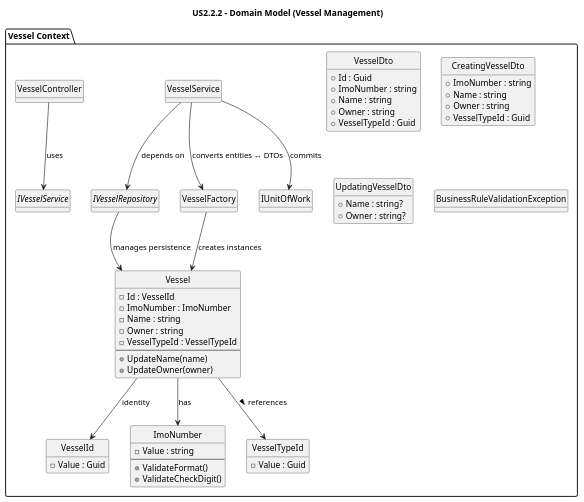
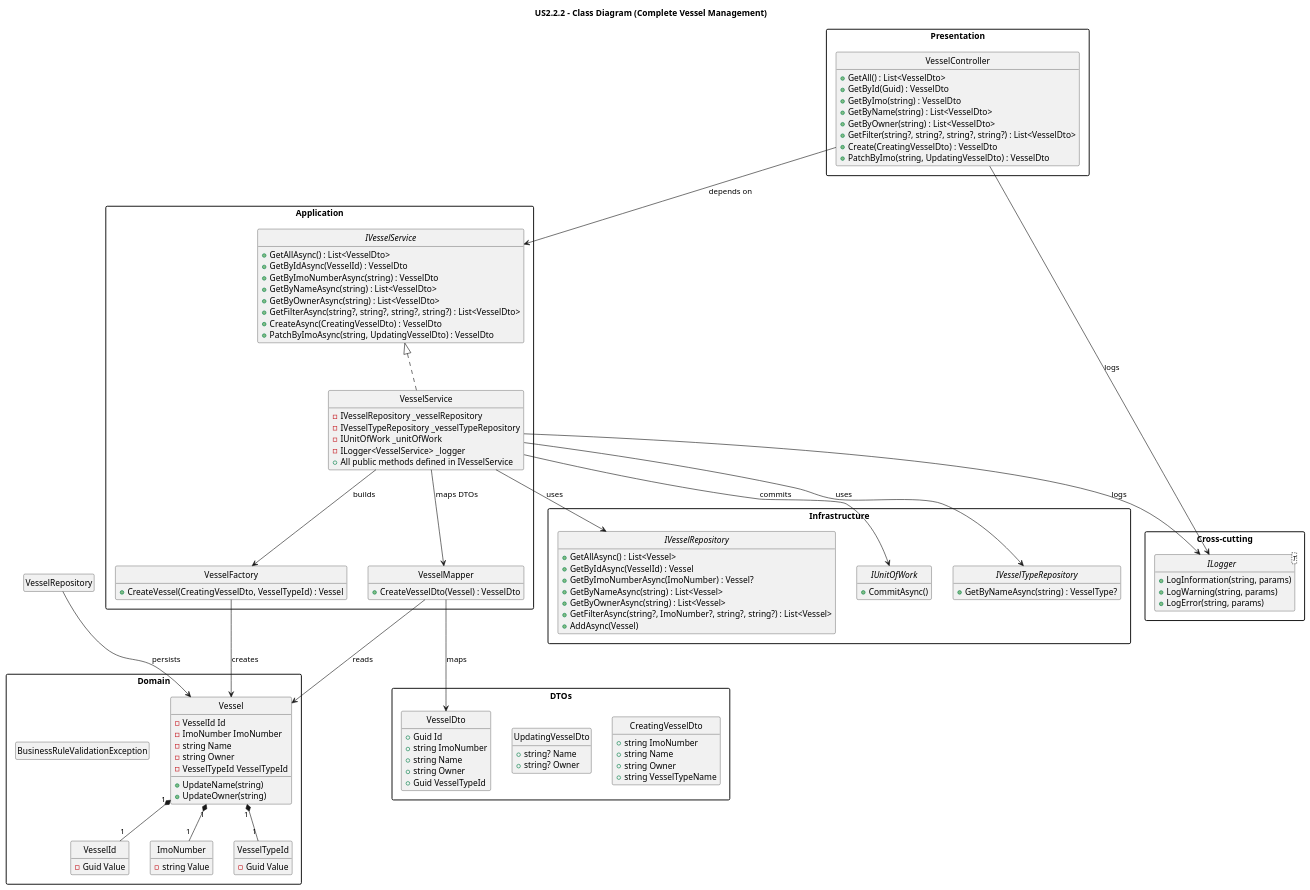
One commit to SAEmanuel/Sustainable_Port_Logistics_ISEP changed the diagram in docs/planning/Sprint1/Back-end-Module(s)/US-222/02.analysis/puml/us2.2.2-domain-model.puml. Above: the diagram before and after it, drawn with PlantUML. The commit also changed 24 other files, not shown here.

Commit message:
[Updated documentation and implementation - #5,#68,#66] VesselMapper added for Dtos creation following sigle responsability principle with also updated docs

```diff
--- a/docs/planning/Sprint1/Back-end-Module(s)/US-222/02.analysis/puml/us2.2.2-domain-model.puml
+++ b/docs/planning/Sprint1/Back-end-Module(s)/US-222/02.analysis/puml/us2.2.2-domain-model.puml
@@ -1,137 +1,158 @@
 @startuml
 ' ==========================================================
-' Domain Model Diagram – US2.2.2 (Register and Update Vessel Records)
+' Class Diagram – US2.2.2 (Register and Update Vessel Records)
 ' Author: Jorge Ubaldo Rodrigues
-' Context: Port Management – Vessel Registration
 ' ==========================================================
 
-skinparam monochrome true
+skinparam packageStyle rectangle
 skinparam shadowing false
-hide methods
 hide circle
+hide empty members
 
-title US2.2.2 – Domain Model (Vessel Management)
+title US2.2.2 – Class Diagram (Complete Vessel Management)
 
-package "Vessel Context" as VC {
+' ==================== DOMAIN ====================
+package "Domain" {
+  class Vessel {
+    - VesselId Id
+    - ImoNumber ImoNumber
+    - string Name
+    - string Owner
+    - VesselTypeId VesselTypeId
+    + UpdateName(string)
+    + UpdateOwner(string)
+  }
 
-    ' ==========================
-    ' Core Domain Entities
-    ' ==========================
-    class Vessel {
-        - Id : VesselId
-        - ImoNumber : ImoNumber
-        - Name : string
-        - Owner : string
-        - VesselTypeId : VesselTypeId
-        --
-        + UpdateName(name)
-        + UpdateOwner(owner)
-    }
+  class VesselId {
+    - Guid Value
+  }
 
-    class VesselId {
-        - Value : Guid
-    }
+  class ImoNumber {
+    - string Value
+  }
 
-    class ImoNumber {
-        - Value : string
-        --
-        + ValidateFormat()
-        + ValidateCheckDigit()
-    }
+  class VesselTypeId {
+    - Guid Value
+  }
 
-    class VesselTypeId {
-        - Value : Guid
-    }
-
-    ' ==========================
-    ' DTOs
-    ' ==========================
-    class VesselDto {
-        + Id : Guid
-        + ImoNumber : string
-        + Name : string
-        + Owner : string
-        + VesselTypeId : Guid
-    }
-
-    class CreatingVesselDto {
-        + ImoNumber : string
-        + Name : string
-        + Owner : string
-        + VesselTypeId : Guid
-    }
-
-    class UpdatingVesselDto {
-        + Name : string?
-        + Owner : string?
-    }
-
-    ' ==========================
-    ' Application / Infrastructure Layer
-    ' ==========================
-    interface IVesselRepository {
-        + GetAllAsync()
-        + GetByIdAsync(id)
-        + GetByImoNumberAsync(imo)
-        + GetByNameAsync(name)
-        + GetByOwnerAsync(owner)
-        + GetFilterAsync(name, imo, owner, query)
-        + AddAsync(entity)
-    }
-
-    interface IVesselService {
-        + GetAllAsync()
-        + GetByIdAsync(id)
-        + GetByImoNumberAsync(imo)
-        + GetByNameAsync(name)
-        + GetByOwnerAsync(owner)
-        + GetFilterAsync(name, imo, owner, query)
-        + CreateAsync(dto)
-        + PatchByImoAsync(imo, dto)
-    }
-
-    class VesselService {
-        + GetAllAsync()
-        + GetByIdAsync(id)
-        + CreateAsync(dto)
-        + GetByImoNumberAsync(imo)
-        + GetByNameAsync(name)
-        + GetByOwnerAsync(owner)
-        + GetFilterAsync(name, imo, owner, query)
-        + PatchByImoAsync(imo, dto)
-    }
-
-    class VesselFactory {
-        + CreateVessel(dto)
-        + CreateVesselDto(entity)
-    }
-
-    class VesselController {
-        + GetAll()
-        + GetById(id)
-        + GetByImo(imo)
-        + GetByName(name)
-        + GetByOwner(owner)
-        + GetFilter(name, imo, owner, query)
-        + Create(dto)
-        + PatchByImo(imo, dto)
-    }
-
-    class BusinessRuleValidationException
-    class IUnitOfWork
+  class BusinessRuleValidationException
 }
 
-' ==========================
-' Relationships
-' ==========================
-VesselController --> IVesselService : uses
-VesselService --> IVesselRepository : depends on
+' ==================== DTOs ====================
+package "DTOs" {
+  class CreatingVesselDto {
+    + string ImoNumber
+    + string Name
+    + string Owner
+    + string VesselTypeName
+  }
+
+  class UpdatingVesselDto {
+    + string? Name
+    + string? Owner
+  }
+
+  class VesselDto {
+    + Guid Id
+    + string ImoNumber
+    + string Name
+    + string Owner
+    + Guid VesselTypeId
+  }
+}
+
+' ==================== APPLICATION ====================
+package "Application" {
+  interface IVesselService {
+    + GetAllAsync() : List<VesselDto>
+    + GetByIdAsync(VesselId) : VesselDto
+    + GetByImoNumberAsync(string) : VesselDto
+    + GetByNameAsync(string) : List<VesselDto>
+    + GetByOwnerAsync(string) : List<VesselDto>
+    + GetFilterAsync(string?, string?, string?, string?) : List<VesselDto>
+    + CreateAsync(CreatingVesselDto) : VesselDto
+    + PatchByImoAsync(string, UpdatingVesselDto) : VesselDto
+  }
+
+  class VesselService implements IVesselService {
+    - IVesselRepository _vesselRepository
+    - IVesselTypeRepository _vesselTypeRepository
+    - IUnitOfWork _unitOfWork
+    - ILogger<VesselService> _logger
+    + All public methods defined in IVesselService
+  }
+
+  class VesselFactory {
+    + CreateVessel(CreatingVesselDto, VesselTypeId) : Vessel
+  }
+
+  class VesselMapper {
+    + CreateVesselDto(Vessel) : VesselDto
+  }
+}
+
+' ==================== INFRASTRUCTURE ====================
+package "Infrastructure" {
+  interface IVesselRepository {
+    + GetAllAsync() : List<Vessel>
+    + GetByIdAsync(VesselId) : Vessel
+    + GetByImoNumberAsync(ImoNumber) : Vessel?
+    + GetByNameAsync(string) : List<Vessel>
+    + GetByOwnerAsync(string) : List<Vessel>
+    + GetFilterAsync(string?, ImoNumber?, string?, string?) : List<Vessel>
+    + AddAsync(Vessel)
+  }
+
+  interface IUnitOfWork {
+    + CommitAsync()
+  }
+
+  interface IVesselTypeRepository {
+    + GetByNameAsync(string) : VesselType?
+  }
+}
+
+' ==================== PRESENTATION ====================
+package "Presentation" {
+  class VesselController {
+    + GetAll() : List<VesselDto>
+    + GetById(Guid) : VesselDto
+    + GetByImo(string) : VesselDto
+    + GetByName(string) : List<VesselDto>
+    + GetByOwner(string) : List<VesselDto>
+    + GetFilter(string?, string?, string?, string?) : List<VesselDto>
+    + Create(CreatingVesselDto) : VesselDto
+    + PatchByImo(string, UpdatingVesselDto) : VesselDto
+  }
+}
+
+' ==================== CROSS-CUTTING ====================
+package "Cross-cutting" {
+  interface ILogger<T> {
+    + LogInformation(string, params)
+    + LogWarning(string, params)
+    + LogError(string, params)
+  }
+}
+
+' ==================== RELATIONSHIPS ====================
+Vessel "1" *-- "1" VesselId
+Vessel "1" *-- "1" ImoNumber
+Vessel "1" *-- "1" VesselTypeId
+
+VesselService --> IVesselRepository : uses
+VesselService --> IVesselTypeRepository : uses
 VesselService --> IUnitOfWork : commits
-VesselService --> VesselFactory : converts entities ↔ DTOs
-VesselFactory --> Vessel : creates instances
-Vessel --> VesselId : identity
-Vessel --> ImoNumber : has
-Vessel --> VesselTypeId : references >
-IVesselRepository --> Vessel : manages persistence
+VesselService --> VesselFactory : builds
+VesselService --> VesselMapper : maps DTOs
+VesselService --> ILogger : logs
+
+VesselController --> IVesselService : depends on
+VesselController --> ILogger : logs
+
+VesselRepository --> Vessel : persists
+VesselFactory --> Vessel : creates
+VesselMapper --> VesselDto : maps
+VesselMapper --> Vessel : reads
 
 @enduml
```
